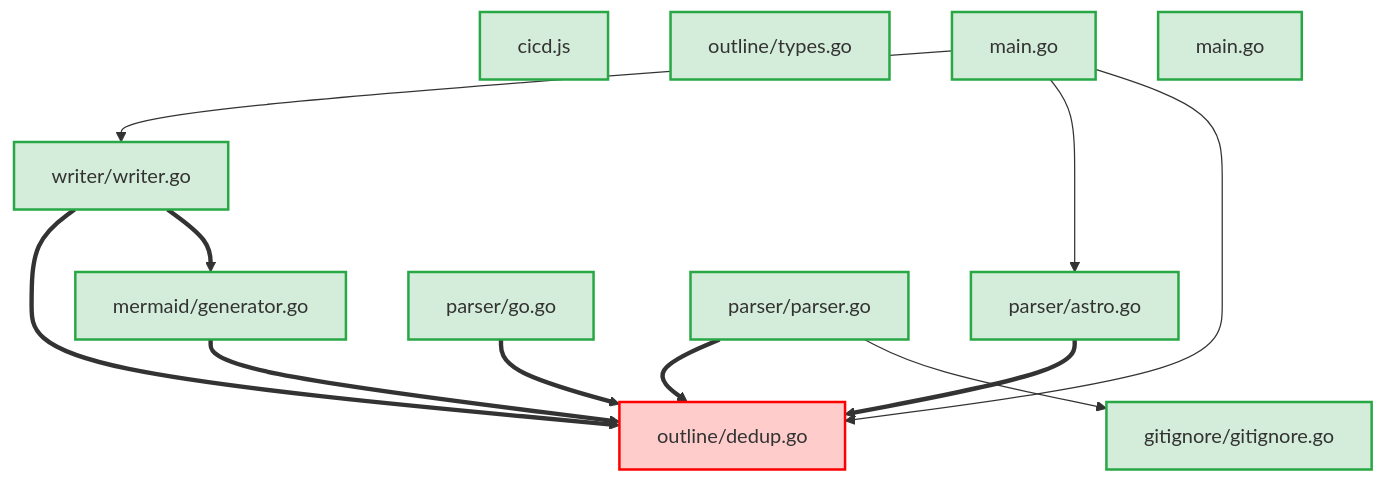
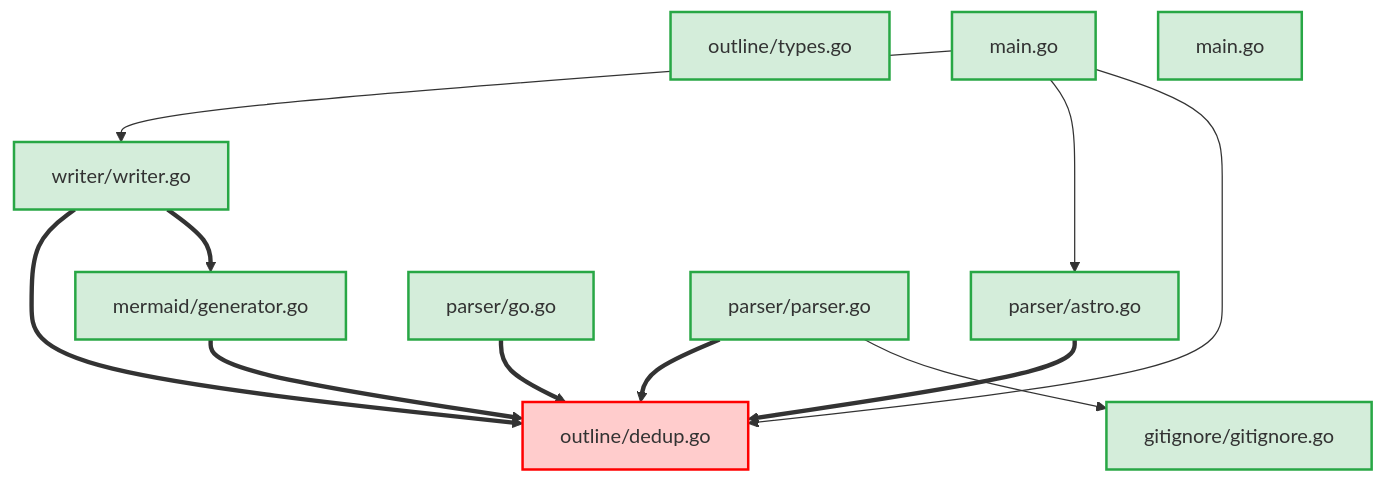
Before and after one commit to jasonwillschiu/codebrev: the first of 3 diagrams in codebrev.md, drawn with Mermaid. The commit also changed other lines of this file and 18 other files, not shown here.

````diff
--- a/codebrev.md
+++ b/codebrev.md
@@ -9,29 +9,28 @@
 ```mermaid
 graph TD
-    F0["cicd.js"]:::lowRisk
-    F1["gitignore/gitignore.go"]:::lowRisk
-    F2["mermaid/generator.go"]:::lowRisk
-    F3["outline/dedup.go"]:::highRisk
-    F4["outline/types.go"]:::lowRisk
-    F5["parser/astro.go"]:::lowRisk
-    F6["parser/go.go"]:::lowRisk
-    F7["parser/parser.go"]:::lowRisk
-    F8["writer/writer.go"]:::lowRisk
+    F0["gitignore/gitignore.go"]:::lowRisk
+    F1["mermaid/generator.go"]:::lowRisk
+    F2["outline/dedup.go"]:::highRisk
+    F3["outline/types.go"]:::lowRisk
+    F4["parser/astro.go"]:::lowRisk
+    F5["parser/go.go"]:::lowRisk
+    F6["parser/parser.go"]:::lowRisk
+    F7["writer/writer.go"]:::lowRisk
+    F8["main.go"]:::lowRisk
     F9["main.go"]:::lowRisk
-    F10["main.go"]:::lowRisk
 
-    F2 ==> F3
-    F5 ==> F3
-    F6 ==> F3
-    F7 --> F1
-    F7 ==> F3
-    F8 ==> F2
-    F8 ==> F3
-    F9 --> F3
-    F9 --> F5
-    F9 --> F8
+    F1 ==> F2
+    F4 ==> F2
+    F5 ==> F2
+    F6 --> F0
+    F6 ==> F2
+    F7 ==> F1
+    F7 ==> F2
+    F8 --> F2
+    F8 --> F4
+    F8 --> F7
 
     classDef highRisk fill:#ffcccc,stroke:#ff0000,stroke-width:2px
     classDef mediumRisk fill:#fff3cd,stroke:#ffc107,stroke-width:2px
     classDef lowRisk fill:#d4edda,stroke:#28a745,stroke-width:2px
 ```
````
